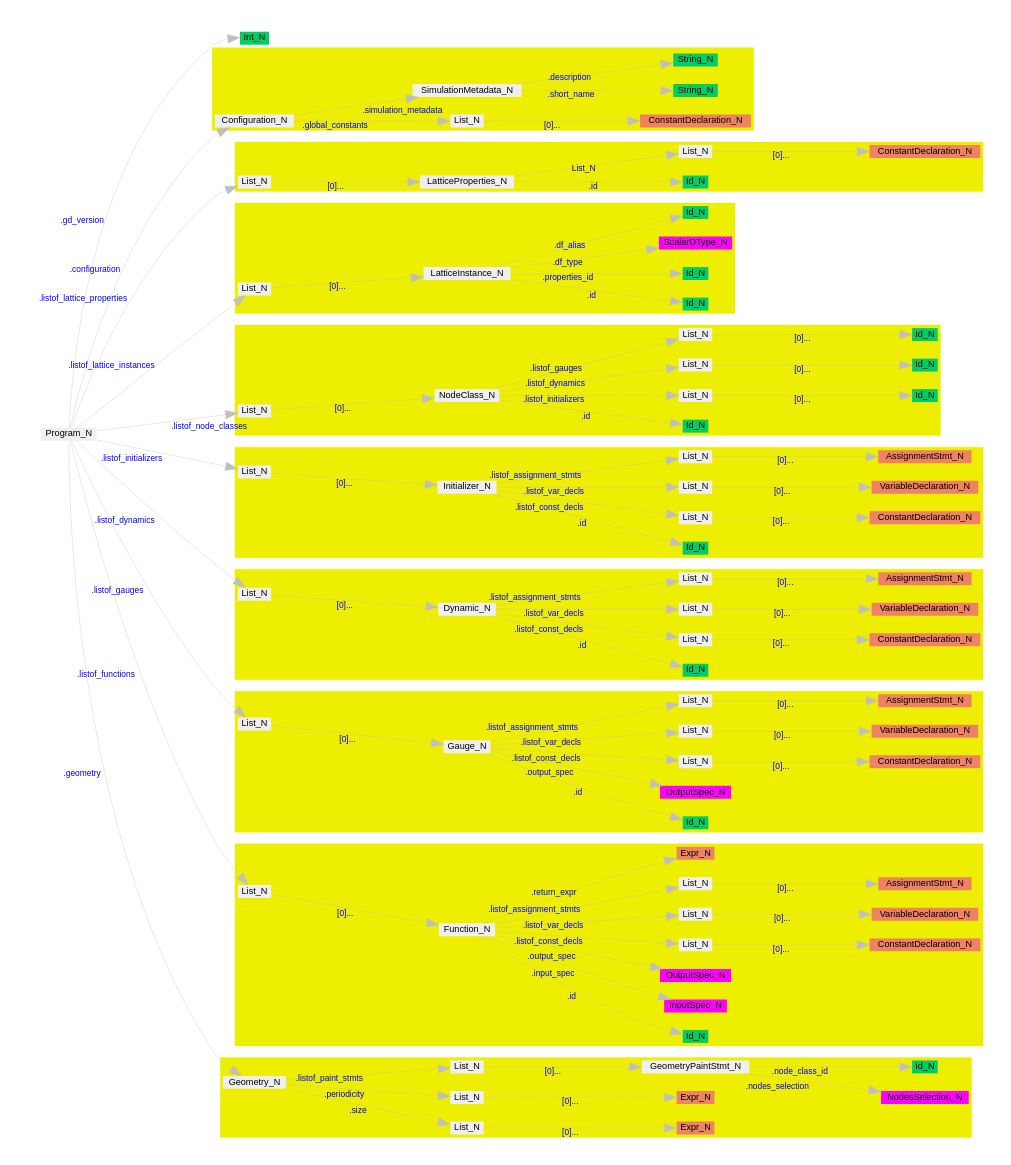
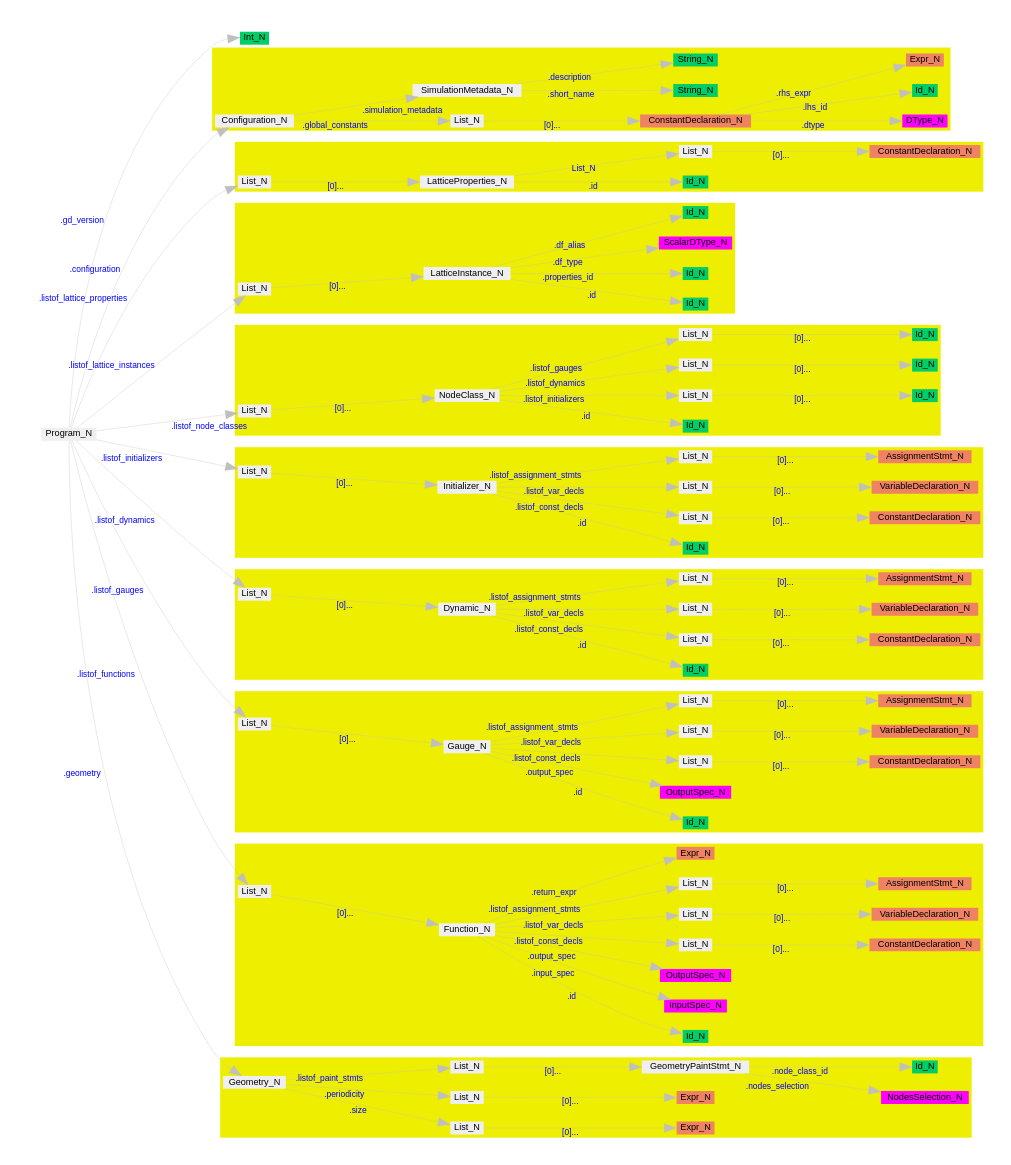
Before and after one commit to dchirila/gelb: the diagram in docs/gelb_ast.dot, drawn with Graphviz.

Commit message:
Expand a ContantDeclaration_N @AST diagram

```diff
--- a/docs/gelb_ast.dot
+++ b/docs/gelb_ast.dot
@@ -91,7 +91,10 @@
 
     configuration [label="Configuration_N"];
     listof_global_const_decls [label="List_N"];
-    const_decl_0 [label="ConstantDeclaration_N", fillcolor=salmon2];
+    global_const_decl_0 [label="ConstantDeclaration_N", fillcolor=salmon2];
+    global_const_decl_0_dtype [label="DType_N", fillcolor=magenta];
+    global_const_decl_0_lhs [label="Id_N", fillcolor=springgreen3];
+    global_const_decl_0_rhs [label="Expr_N", fillcolor=salmon2];
 
     listof_lattice_properties [label="List_N"];
     lattice_properties_0 [label="LatticeProperties_N"];
@@ -185,7 +188,10 @@
             SimulationMetadata_N -> description [xlabel=".description"];
         }
         configuration -> listof_global_const_decls [xlabel=".global_constants"];
-        listof_global_const_decls -> const_decl_0 [xlabel="\[0\]..."];
+        listof_global_const_decls -> global_const_decl_0 [xlabel="\[0\]..."];
+        global_const_decl_0 -> global_const_decl_0_dtype [xlabel=".dtype"];
+        global_const_decl_0 -> global_const_decl_0_lhs [xlabel=".lhs_id"];
+        global_const_decl_0 -> global_const_decl_0_rhs [xlabel=".rhs_expr"];
     }
 
     program -> listof_lattice_properties [xlabel=".listof_lattice_properties"];
```
